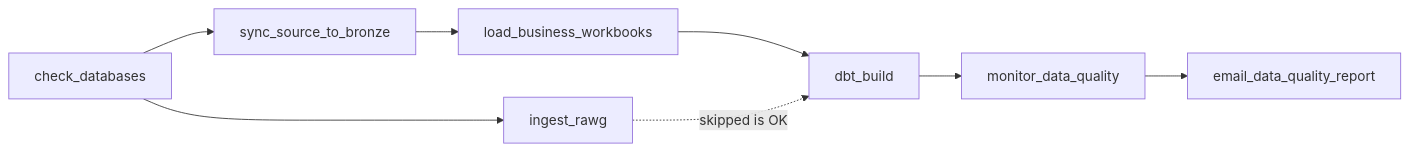
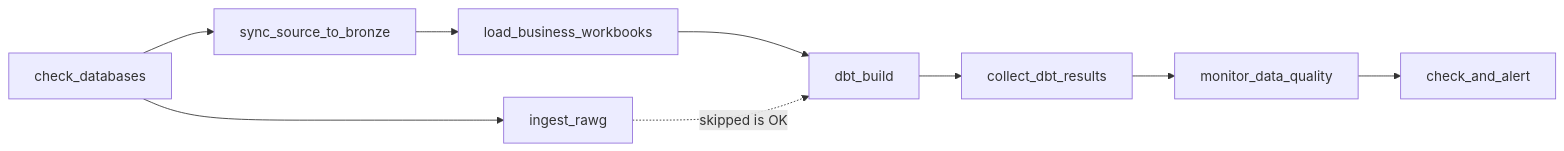
One commit to Bskaa/DAMA-Mongolia-Capstone-Project changed the second of 2 diagrams in README.md. Above: the diagram before and after it, drawn with Mermaid. The commit also changed other lines of this file and 18 other files, not shown here.

````diff
--- a/README.md
+++ b/README.md
@@ -66,9 +66,9 @@
 ```mermaid
 flowchart LR
     A[check_databases] --> B[sync_source_to_bronze]
     A --> C[ingest_rawg]
     B --> D[load_business_workbooks]
     D --> E[dbt_build]
     C -. skipped is OK .-> E
-    E --> F[monitor_data_quality] --> G[email_data_quality_report]
+    E --> H[collect_dbt_results] --> F[monitor_data_quality] --> G[check_and_alert]
 ```
````
